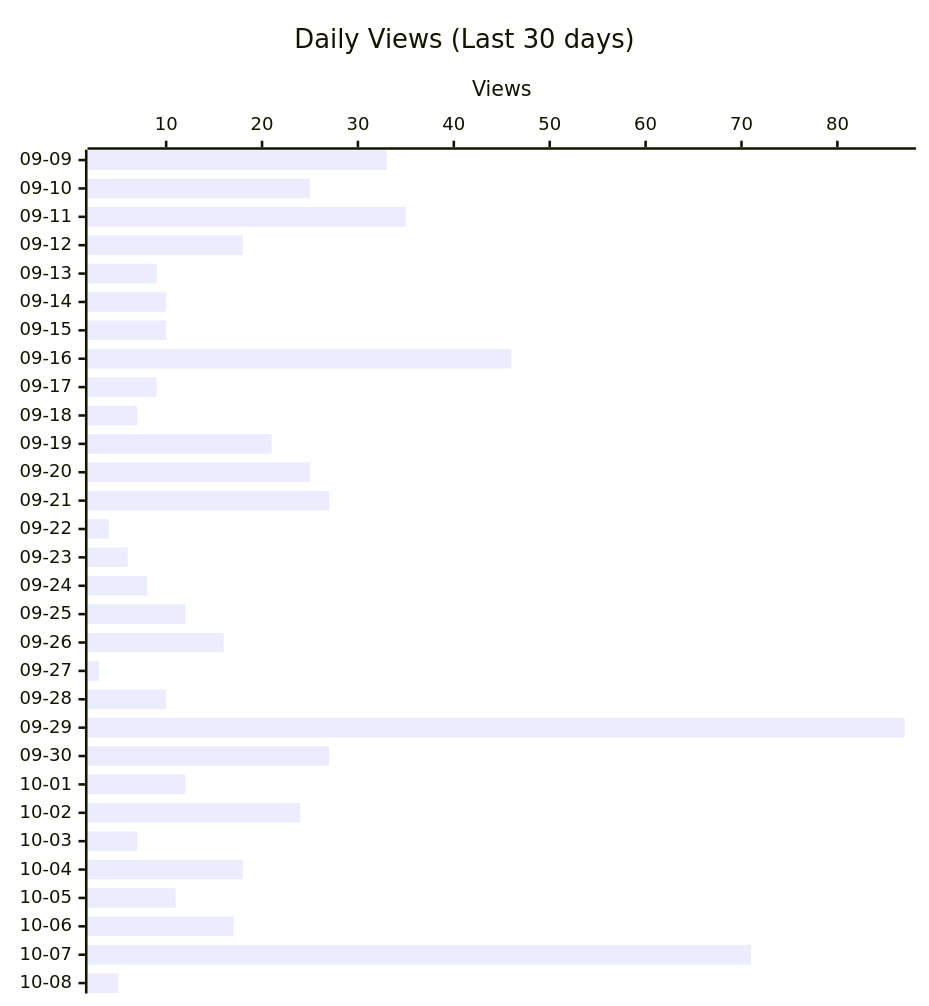
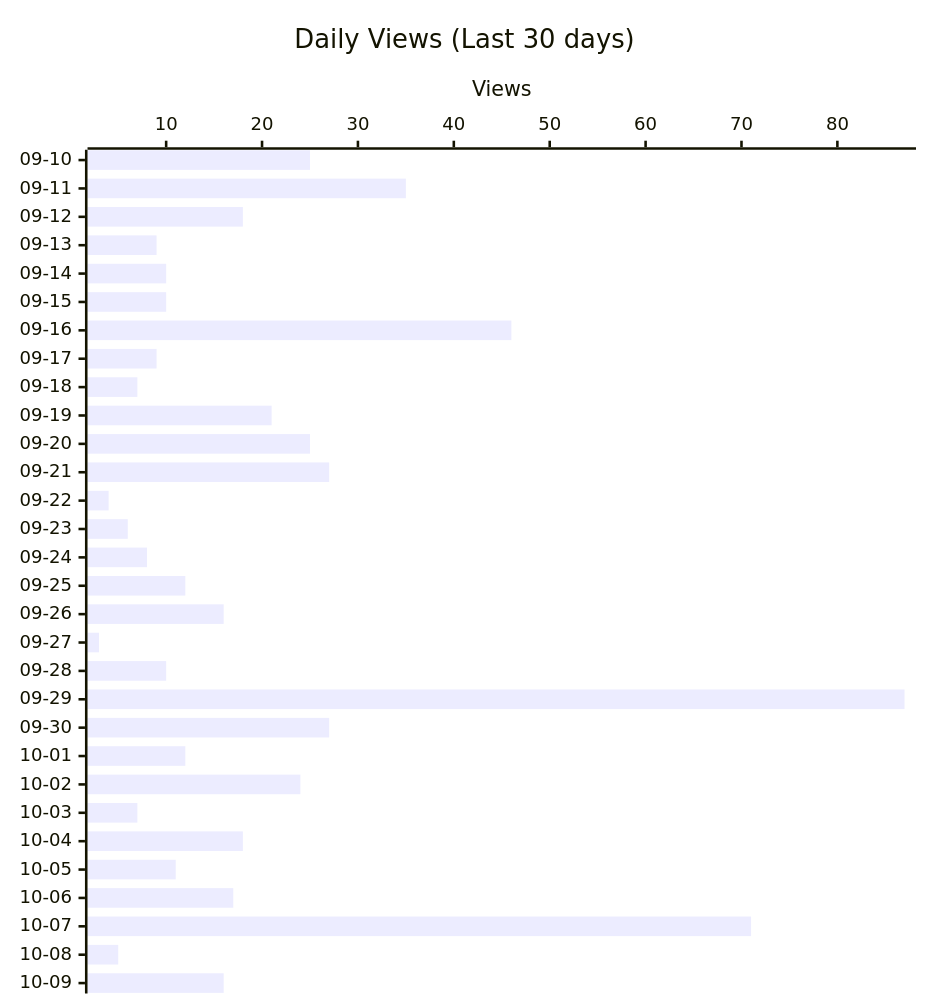
The second of 4 diagrams in README.md (shigechika/github-insights), drawn with Mermaid before and after one commit. The commit also changed other lines of this file and 2 other files, not shown here.

````diff
--- a/README.md
+++ b/README.md
@@ -28,12 +28,12 @@
 ```mermaid
 ---
 config:
   xyChart:
     height: 760
 ---
 xychart-beta horizontal
     title "Daily Views (Last 30 days)"
-    x-axis ["09-09", "09-10", "09-11", "09-12", "09-13", "09-14", "09-15", "09-16", "09-17", "09-18", "09-19", "09-20", "09-21", "09-22", "09-23", "09-24", "09-25", "09-26", "09-27", "09-28", "09-29", "09-30", "10-01", "10-02", "10-03", "10-04", "10-05", "10-06", "10-07", "10-08"]
+    x-axis ["09-10", "09-11", "09-12", "09-13", "09-14", "09-15", "09-16", "09-17", "09-18", "09-19", "09-20", "09-21", "09-22", "09-23", "09-24", "09-25", "09-26", "09-27", "09-28", "09-29", "09-30", "10-01", "10-02", "10-03", "10-04", "10-05", "10-06", "10-07", "10-08", "10-09"]
     y-axis "Views"
-    bar [33, 25, 35, 18, 9, 10, 10, 46, 9, 7, 21, 25, 27, 4, 6, 8, 12, 16, 3, 10, 87, 27, 12, 24, 7, 18, 11, 17, 71, 5]
+    bar [25, 35, 18, 9, 10, 10, 46, 9, 7, 21, 25, 27, 4, 6, 8, 12, 16, 3, 10, 87, 27, 12, 24, 7, 18, 11, 17, 71, 5, 16]
 ```
````
